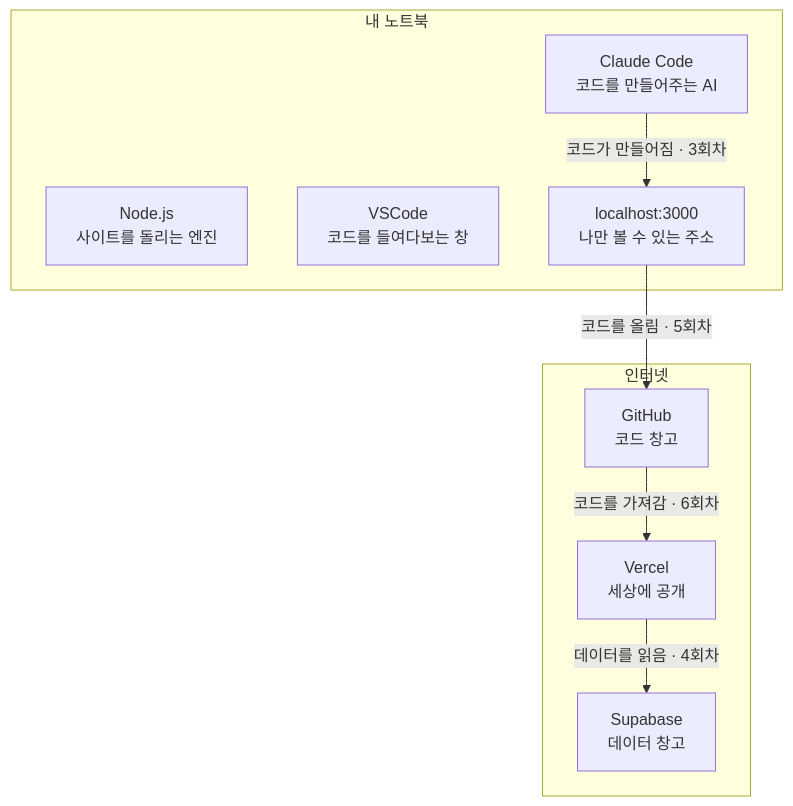
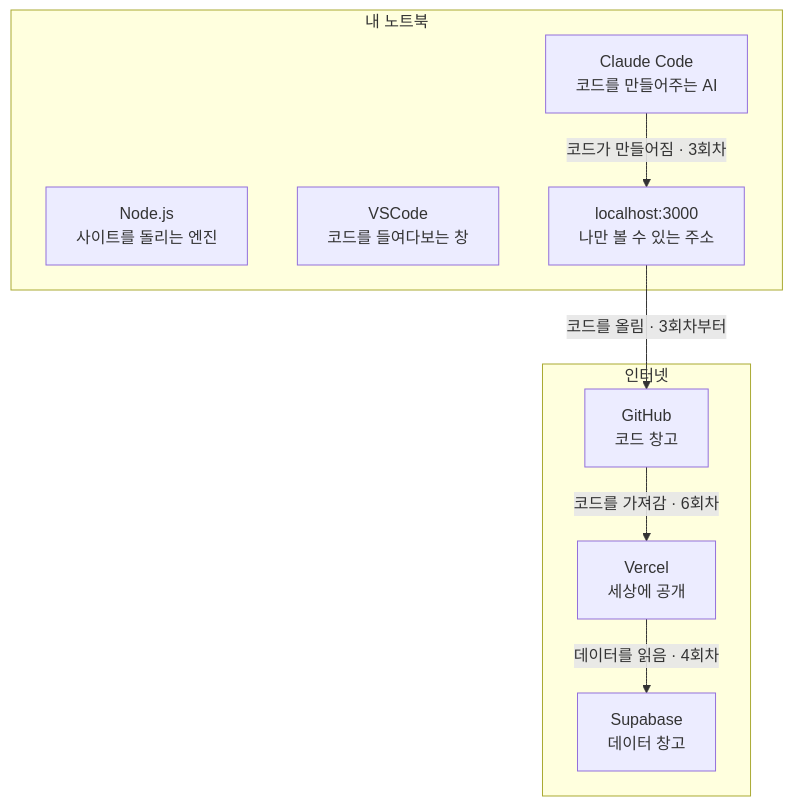
One commit to In-HyeokJang/coding-without-coding changed the diagram in src/content/docs/core/01-tools.mdx. Above: the diagram before and after it, drawn with Mermaid. The commit also changed other lines of this file and 11 other files, not shown here.

````diff
--- a/src/content/docs/core/01-tools.mdx
+++ b/src/content/docs/core/01-tools.mdx
@@ -20,19 +20,19 @@
 ```mermaid
 flowchart TD
     subgraph laptop["내 노트북"]
         node["Node.js<br/>사이트를 돌리는 엔진"]
         vscode["VSCode<br/>코드를 들여다보는 창"]
         claude["Claude Code<br/>코드를 만들어주는 AI"]
         local["localhost:3000<br/>나만 볼 수 있는 주소"]
     end
     subgraph internet["인터넷"]
         github["GitHub<br/>코드 창고"]
         vercel["Vercel<br/>세상에 공개"]
         supabase["Supabase<br/>데이터 창고"]
     end
 
     claude -->|"코드가 만들어짐 · 3회차"| local
-    local -->|"코드를 올림 · 5회차"| github
+    local -->|"코드를 올림 · 3회차부터"| github
     github -->|"코드를 가져감 · 6회차"| vercel
     vercel -->|"데이터를 읽음 · 4회차"| supabase
 ```
````
